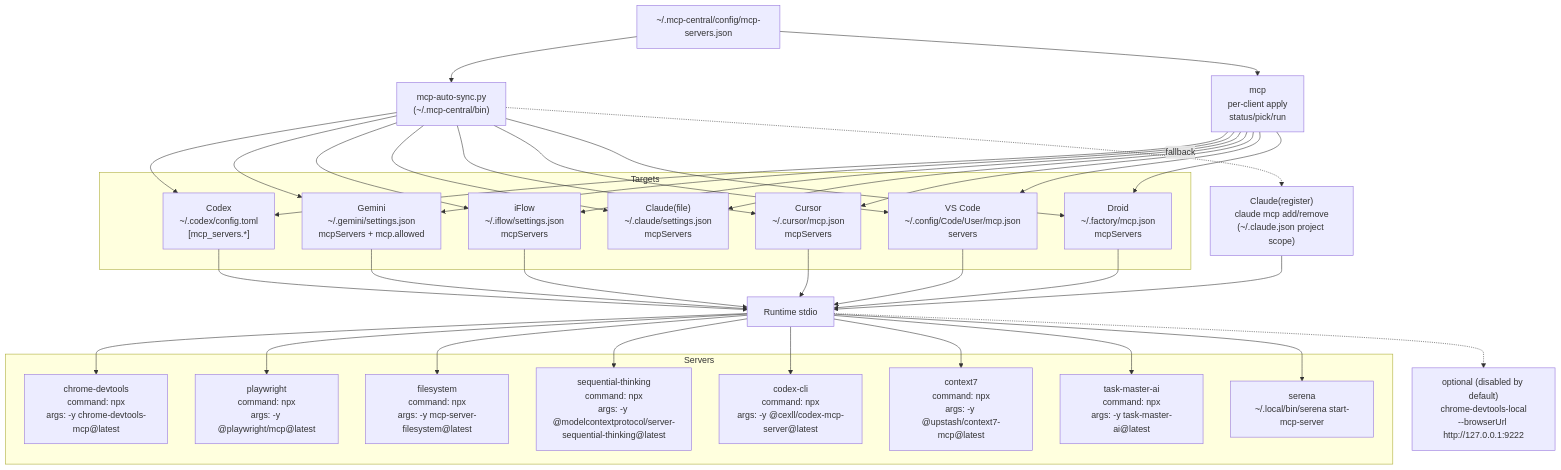
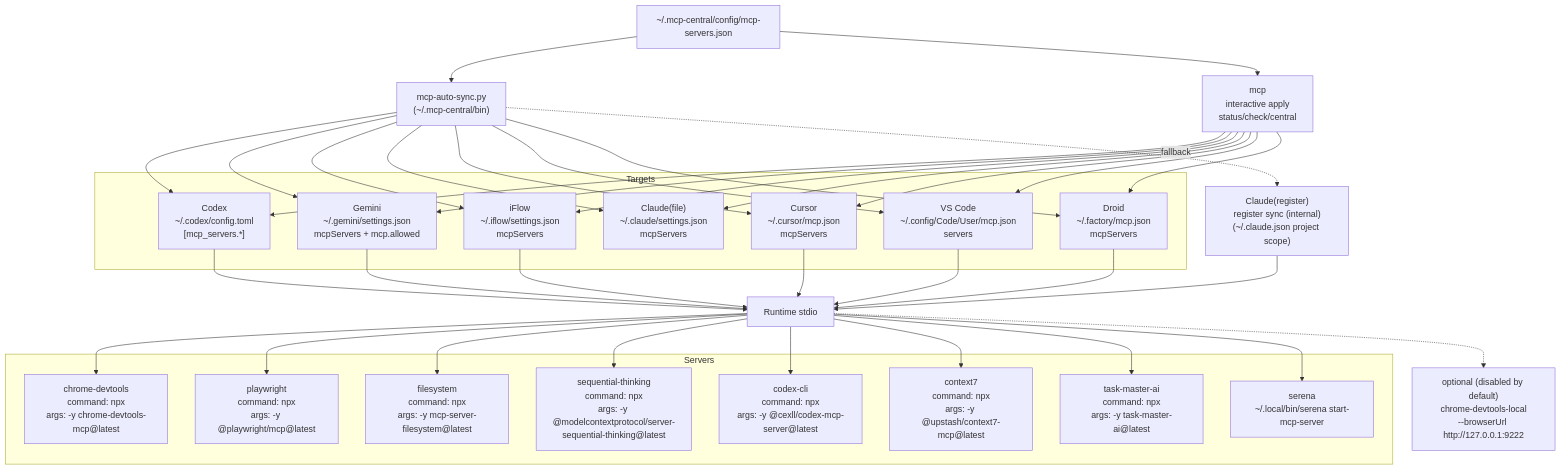
Before and after one commit to czdtech/mcp-local-manager: the diagram in docs/mcp-architecture.mmd, drawn with Mermaid. The commit also changed 34 other files, not shown here.

```diff
--- a/docs/mcp-architecture.mmd
+++ b/docs/mcp-architecture.mmd
@@ -1,63 +1,63 @@
 flowchart TD
   CENTRAL["~/.mcp-central/config/mcp-servers.json"] --> SYNC["mcp-auto-sync.py<br/>(~/.mcp-central/bin)"]
-  CENTRAL --> MCP["mcp<br/>per-client apply<br/>status/pick/run"]
+  CENTRAL --> MCP["mcp<br/>interactive apply<br/>status/check/central"]
 
   subgraph Targets
     CODEX["Codex<br/>~/.codex/config.toml<br/>[mcp_servers.*]"]
     GEMINI["Gemini<br/>~/.gemini/settings.json<br/>mcpServers + mcp.allowed"]
     IFLOW["iFlow<br/>~/.iflow/settings.json<br/>mcpServers"]
     CLAUDE_FILE["Claude(file)<br/>~/.claude/settings.json<br/>mcpServers"]
     CURSOR["Cursor<br/>~/.cursor/mcp.json<br/>mcpServers"]
     VSCODE["VS Code<br/>~/.config/Code/User/mcp.json<br/>servers"]
     DROID["Droid<br/>~/.factory/mcp.json<br/>mcpServers"]
   end
 
   SYNC --> CODEX
   SYNC --> GEMINI
   SYNC --> IFLOW
   SYNC --> CLAUDE_FILE
   SYNC --> CURSOR
   SYNC --> VSCODE
   SYNC --> DROID
   MCP --> CODEX
   MCP --> GEMINI
   MCP --> IFLOW
   MCP --> CLAUDE_FILE
   MCP --> CURSOR
   MCP --> VSCODE
   MCP --> DROID
 
-  CLAUDE_REG["Claude(register)<br/>claude mcp add/remove<br/>(~/.claude.json project scope)"]
+  CLAUDE_REG["Claude(register)<br/>register sync (internal)<br/>(~/.claude.json project scope)"]
   SYNC -. fallback .-> CLAUDE_REG
 
   RUNTIME[Runtime stdio]
   CODEX --> RUNTIME
   GEMINI --> RUNTIME
   IFLOW --> RUNTIME
   CLAUDE_REG --> RUNTIME
   CURSOR --> RUNTIME
   VSCODE --> RUNTIME
   DROID --> RUNTIME
 
   subgraph Servers
     CDT["chrome-devtools<br/>command: npx<br/>args: -y chrome-devtools-mcp@latest"]
     PW["playwright<br/>command: npx<br/>args: -y @playwright/mcp@latest"]
     FS["filesystem<br/>command: npx<br/>args: -y mcp-server-filesystem@latest"]
     ST["sequential-thinking<br/>command: npx<br/>args: -y @modelcontextprotocol/server-sequential-thinking@latest"]
     CMC["codex-cli<br/>command: npx<br/>args: -y @cexll/codex-mcp-server@latest"]
     CTX7["context7<br/>command: npx<br/>args: -y @upstash/context7-mcp@latest"]
     TMA["task-master-ai<br/>command: npx<br/>args: -y task-master-ai@latest"]
     SERENA["serena<br/>~/.local/bin/serena start-mcp-server"]
   end
 
   RUNTIME --> CDT
   RUNTIME --> PW
   RUNTIME --> FS
   RUNTIME --> ST
   RUNTIME --> CMC
   RUNTIME --> CTX7
   RUNTIME --> TMA
   RUNTIME --> SERENA
 
   CDT_LOCAL["optional (disabled by default)<br/>chrome-devtools-local<br/>--browserUrl http://127.0.0.1:9222"]
   RUNTIME -.-> CDT_LOCAL
```
